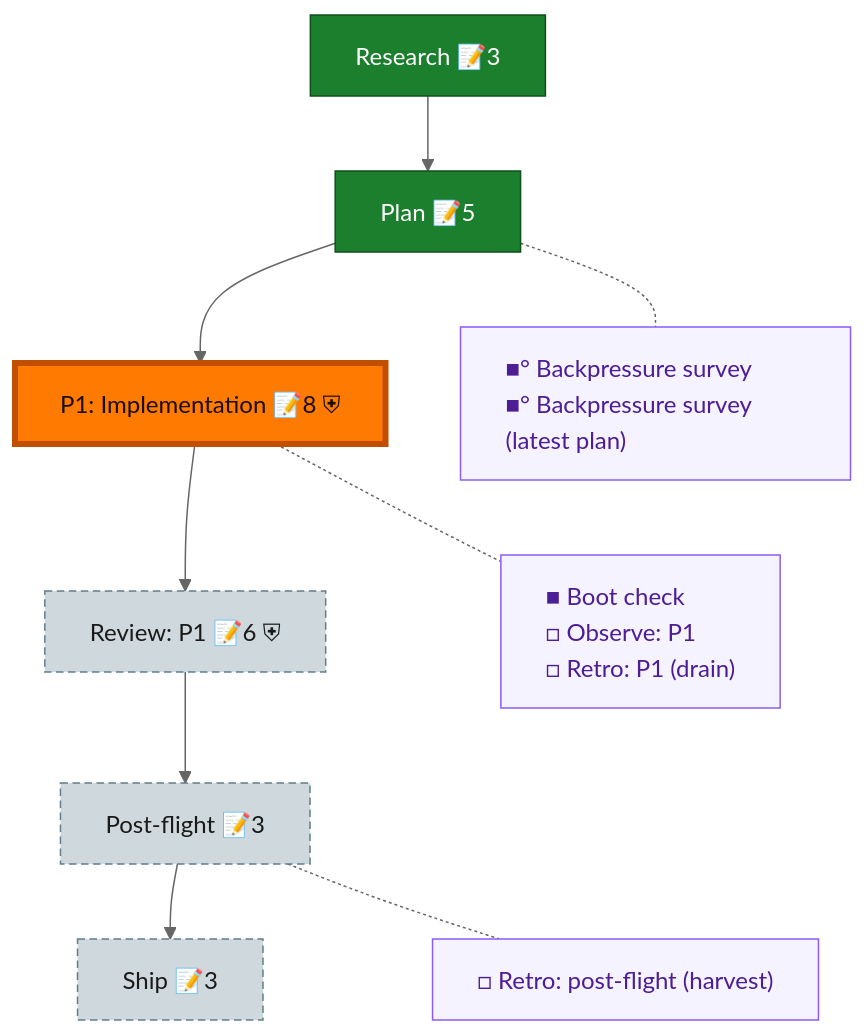
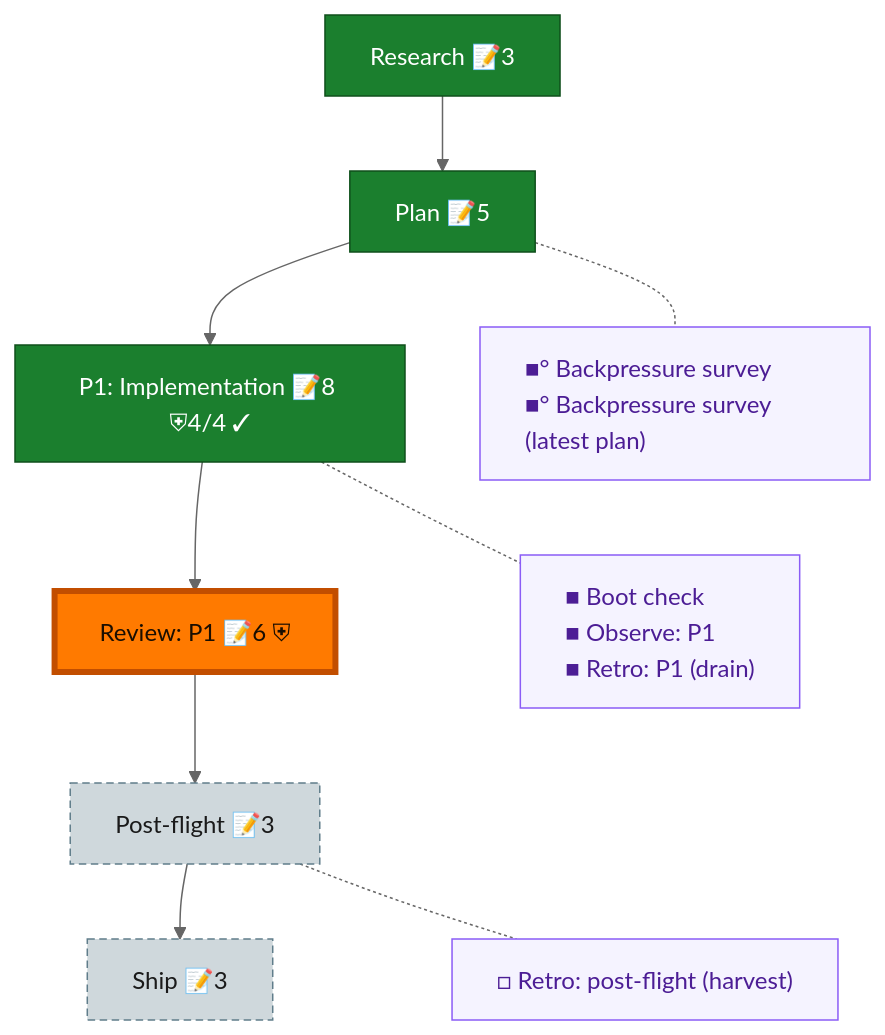
The diagram in docs/plans/125-omp-statusline-name/the-flow.md (vaughanknight/pij), drawn with Mermaid (neutral theme) before and after one commit. The commit also changed other lines of this file and 10 other files, not shown here.

````diff
--- a/docs/plans/125-omp-statusline-name/the-flow.md
+++ b/docs/plans/125-omp-statusline-name/the-flow.md
@@ -8,30 +8,30 @@
 ```mermaid
 flowchart TD
     research["Research 📝3"]:::done
     plan["Plan 📝5"]:::done
-    phase_1["P1: Implementation 📝8 ⛨"]:::wip
-    review_1["Review: P1 📝6 ⛨"]:::assumed
+    phase_1["P1: Implementation 📝8 ⛨4/4 ✓"]:::done
+    review_1["Review: P1 📝6 ⛨"]:::wip
     post_flight["Post-flight 📝3"]:::assumed
     ship["Ship 📝3"]:::assumed
 
     research --> plan --> phase_1 --> review_1 --> post_flight --> ship
 
     planC["■° Backpressure survey<br/>■° Backpressure survey (latest plan)"]:::chore
-    phase_1C["■ Boot check<br/>□ Observe: P1<br/>□ Retro: P1 (drain)"]:::chore
+    phase_1C["■ Boot check<br/>■ Observe: P1<br/>■ Retro: P1 (drain)"]:::chore
     post_flightC["□ Retro: post-flight (harvest)"]:::chore
 
     %% invisible chain holds the gutter boxes in their own column
     planC ~~~ phase_1C ~~~ post_flightC
 
     %% dotted links pull each gutter box beside its node
     plan -.- planC
     phase_1 -.- phase_1C
     post_flight -.- post_flightC
 
     classDef done fill:#1B7F2E,stroke:#0F4F1B,color:#fff;
     classDef wip fill:#43C04A,stroke:#1B7F2E,color:#04210A;
     classDef assumed fill:#CFD8DC,stroke:#607D8B,color:#1a1a1a,stroke-dasharray:5 3;
     classDef chore fill:#f5f3ff,stroke:#8b5cf6,color:#4c1d95,text-align:left;
     classDef current fill:#FF7A00,stroke:#C24E00,color:#1a0e00,stroke-width:4px;
-    class phase_1 current;
+    class review_1 current;
 ```
````
